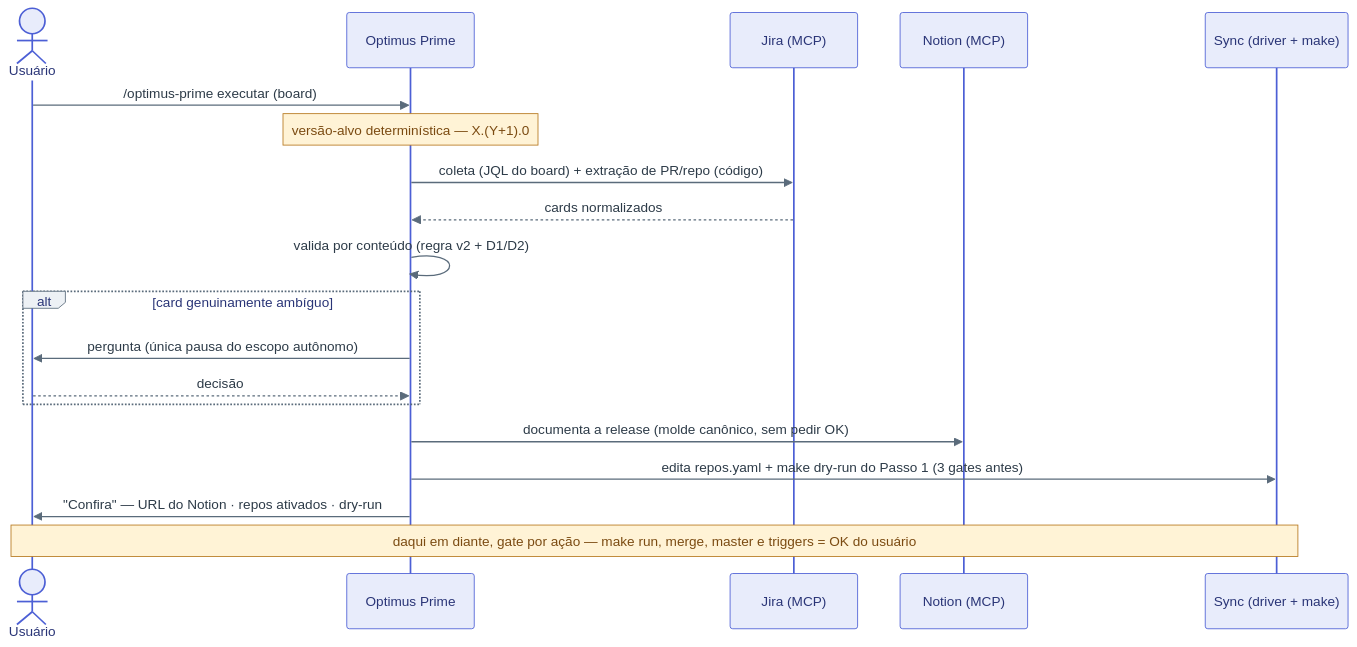
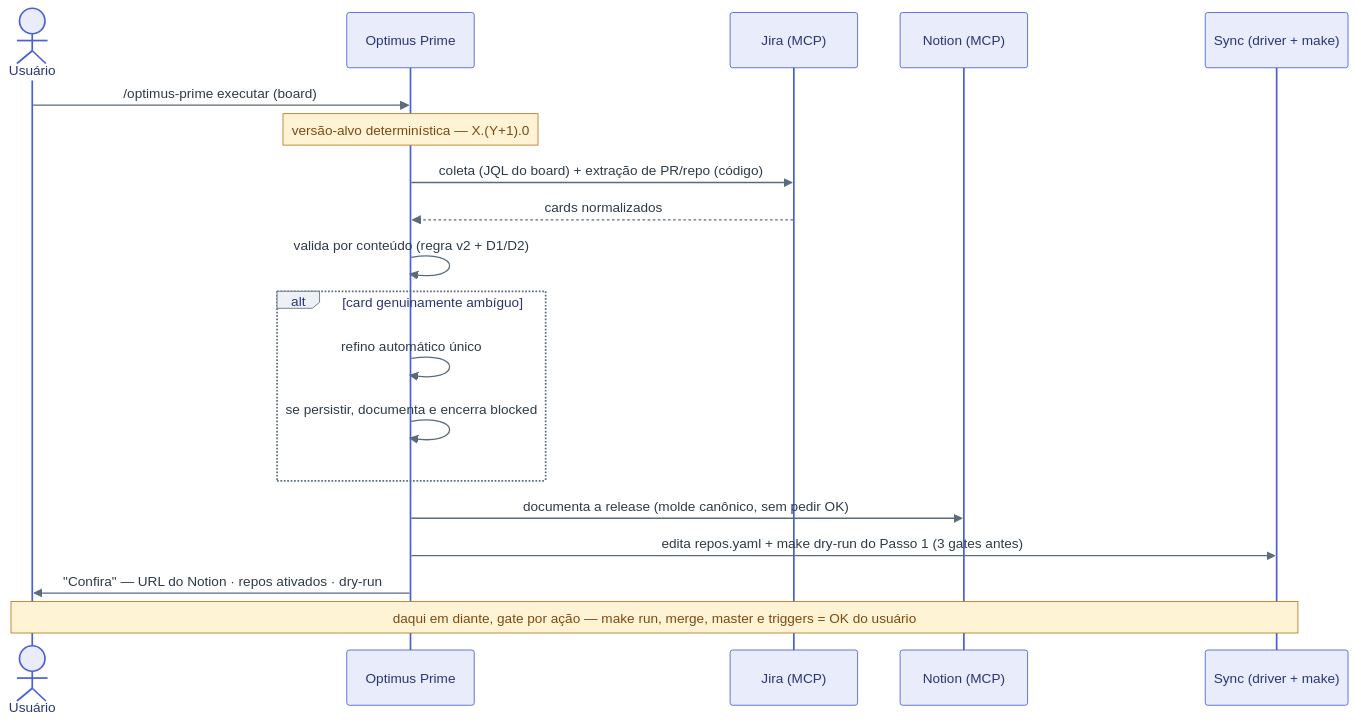
One commit to BertoRcsb/workflow-automation-management changed the diagram in docs/diagramas/05-fluxo-execucao.mmd. Above: the diagram before and after it, drawn with Mermaid. The commit also changed 16 other files, not shown here.

```diff
--- a/docs/diagramas/05-fluxo-execucao.mmd
+++ b/docs/diagramas/05-fluxo-execucao.mmd
@@ -1,20 +1,20 @@
 %%{init: {"theme":"base","themeVariables":{"fontFamily":"Segoe UI, Helvetica, Arial, sans-serif","fontSize":"13px","actorBkg":"#E8ECFB","actorBorder":"#4C5FD5","actorTextColor":"#2A3577","signalColor":"#5A6B7B","signalTextColor":"#2D3B48","noteBkgColor":"#FFF3D6","noteBorderColor":"#B7791F","noteTextColor":"#7B4B12","labelBoxBkgColor":"#EDF1F5","labelBoxBorderColor":"#5A6B7B"}}}%%
 sequenceDiagram
     actor U as Usuário
     participant O as Optimus Prime
     participant J as Jira (MCP)
     participant N as Notion (MCP)
     participant S as Sync (driver + make)
     U->>O: /optimus-prime executar (board)
     Note over O: versão-alvo determinística — X.(Y+1).0
     O->>J: coleta (JQL do board) + extração de PR/repo (código)
     J-->>O: cards normalizados
     O->>O: valida por conteúdo (regra v2 + D1/D2)
     alt card genuinamente ambíguo
-        O->>U: pergunta (única pausa do escopo autônomo)
-        U-->>O: decisão
+        O->>O: refino automático único
+        O->>O: se persistir, documenta e encerra blocked
     end
     O->>N: documenta a release (molde canônico, sem pedir OK)
     O->>S: edita repos.yaml + make dry-run do Passo 1 (3 gates antes)
     O->>U: "Confira" — URL do Notion · repos ativados · dry-run
     Note over U,S: daqui em diante, gate por ação — make run, merge, master e triggers = OK do usuário
```
